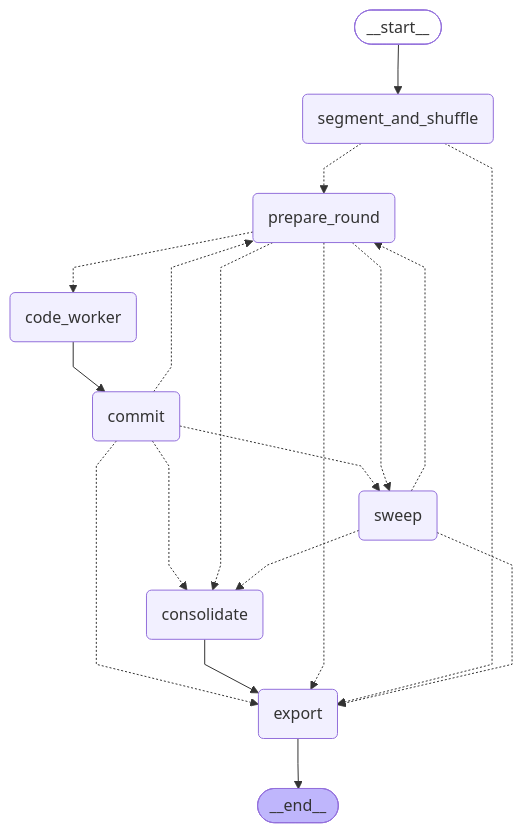
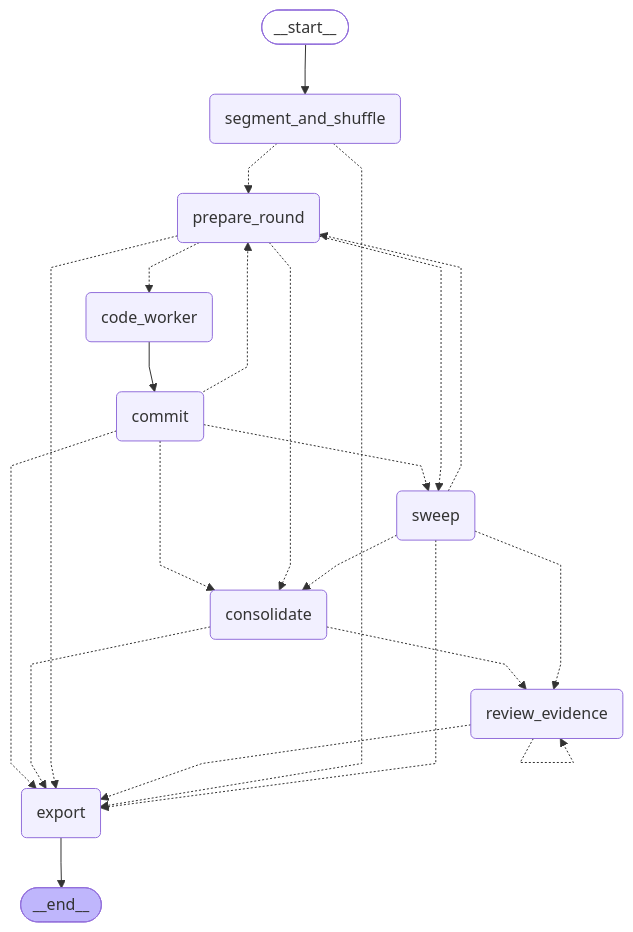
One commit to davidscassell/automated-grounded-theory changed the diagram in README.md. Above: the diagram before and after it, drawn with Mermaid. The commit also changed other lines of this file and 2 other files, not shown here.

Commit message:
Regenerate the open_code diagram after the review loop
Final consolidation now routes through a bounded review_evidence loop
instead of an unconditional edge to export. The README block is drawn
again from the compiled graph.

````diff
--- a/README.md
+++ b/README.md
@@ -12,37 +12,42 @@
 ```mermaid
 ---
 config:
   flowchart:
     curve: linear
 ---
 graph TD;
 	__start__([<p>__start__</p>]):::first
 	segment_and_shuffle(segment_and_shuffle)
 	prepare_round(prepare_round)
 	code_worker(code_worker)
 	commit(commit)
 	sweep(sweep)
 	consolidate(consolidate)
+	review_evidence(review_evidence)
 	export(export)
 	__end__([<p>__end__</p>]):::last
 	__start__ --> segment_and_shuffle;
 	code_worker --> commit;
 	commit -.-> consolidate;
 	commit -.-> export;
 	commit -.-> prepare_round;
 	commit -.-> sweep;
-	consolidate --> export;
+	consolidate -.-> export;
+	consolidate -.-> review_evidence;
 	prepare_round -.-> code_worker;
 	prepare_round -.-> consolidate;
 	prepare_round -.-> export;
 	prepare_round -.-> sweep;
+	review_evidence -.-> export;
 	segment_and_shuffle -.-> export;
 	segment_and_shuffle -.-> prepare_round;
 	sweep -.-> consolidate;
 	sweep -.-> export;
 	sweep -.-> prepare_round;
+	sweep -.-> review_evidence;
 	export --> __end__;
+	review_evidence -.-> review_evidence;
 	classDef default fill:#f2f0ff,line-height:1.2
 	classDef first fill-opacity:0
 	classDef last fill:#bfb6fc
 ```
````
